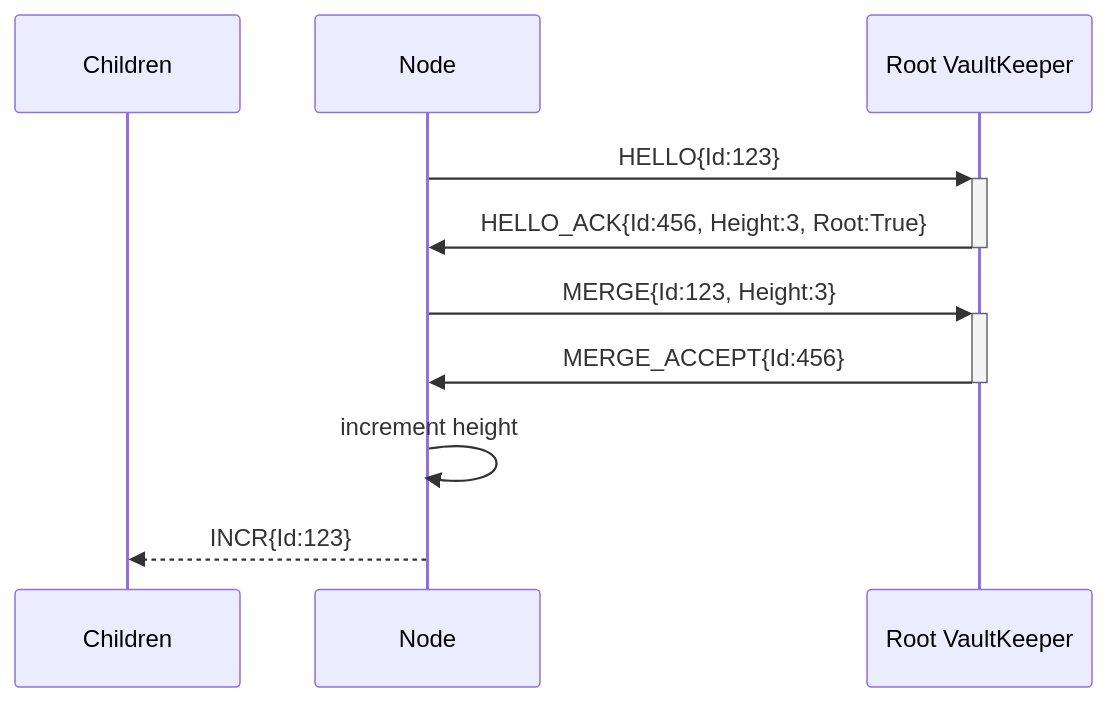
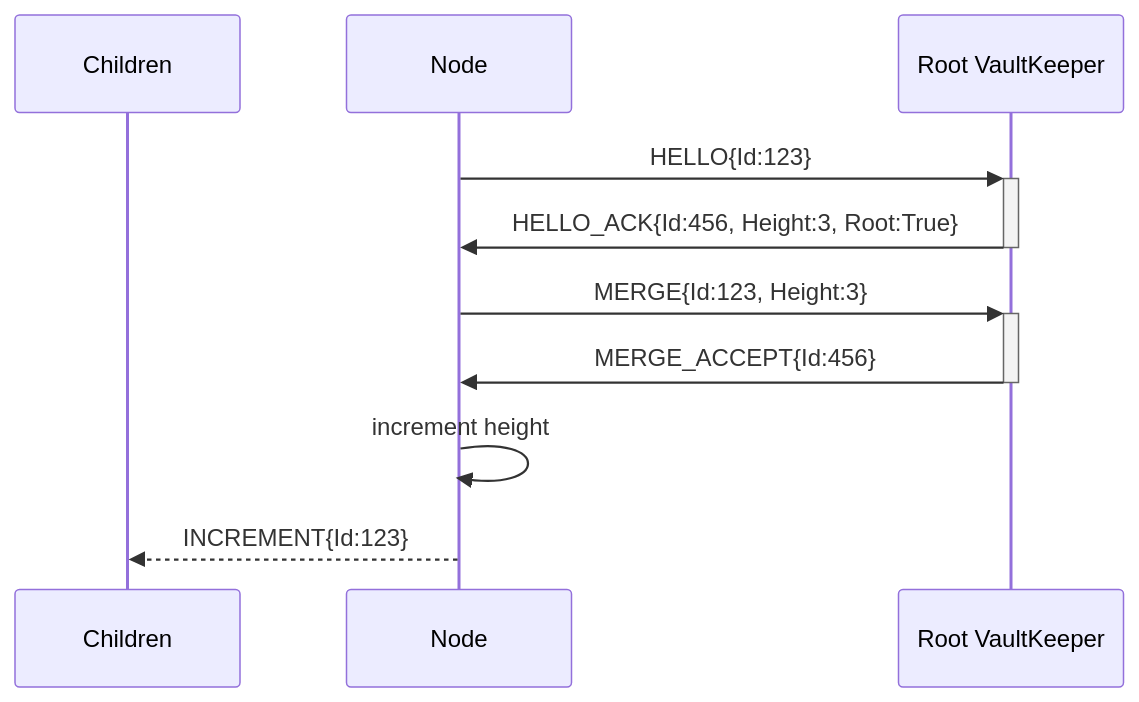
Before and after one commit to rflandau/Orv: the second of 4 diagrams in README.md, drawn with Mermaid. The commit also changed other lines of this file, not shown here.

Commit message:
switch INCR to INCREMENT

````diff
--- a/README.md
+++ b/README.md
@@ -128,12 +128,12 @@
 ```mermaid
 sequenceDiagram
     participant Children
     participant Node
     participant VaultKeeper as Root VaultKeeper
     Node->>+VaultKeeper: HELLO{Id:123}
     VaultKeeper->>-Node: HELLO_ACK{Id:456, Height:3, Root:True}
     Node->>+VaultKeeper: MERGE{Id:123, Height:3}
     VaultKeeper->>-Node: MERGE_ACCEPT{Id:456}
     Node->>Node: increment height
-    Node-->>Children: INCR{Id:123}
+    Node-->>Children: INCREMENT{Id:123}
 ```
````
